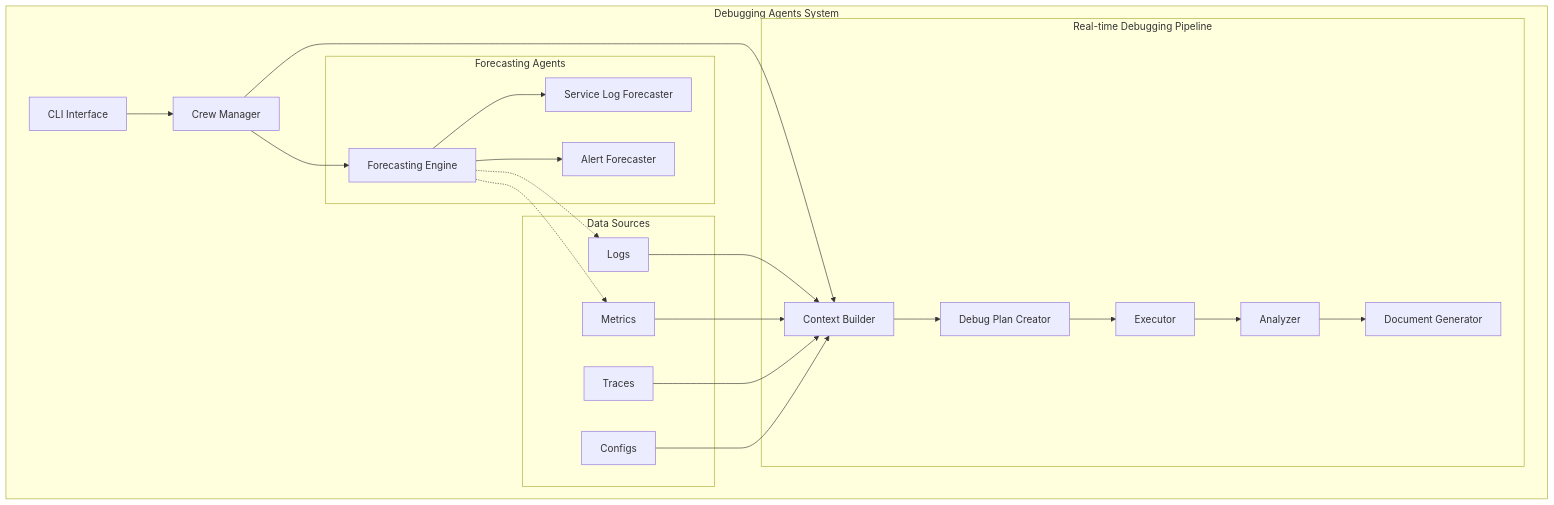
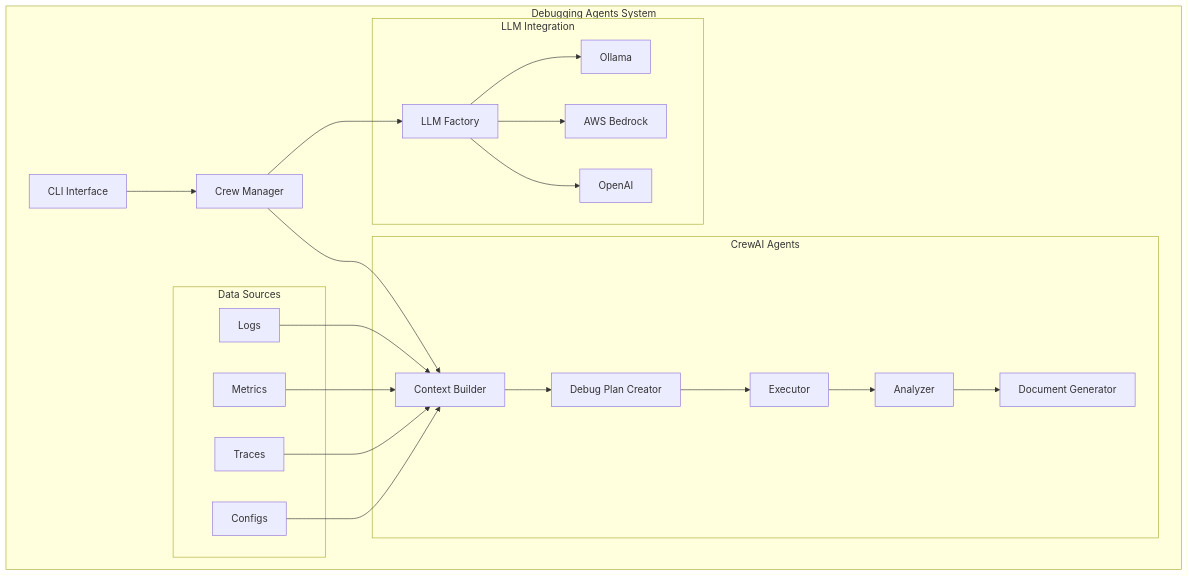
Before and after one commit to tiwari-gajendra/debugging-agent: the first of 2 diagrams in docs/architecture.md, drawn with Mermaid. The commit also changed other lines of this file and 30 other files, not shown here.

Commit message:
Refactor: Remove redundant files and update project structure - Remove cli.py and debugging_agents.egg-info - Update logging configuration - Add new integrations and manager modules - Update documentation and requirements

````diff
--- a/docs/architecture.md
+++ b/docs/architecture.md
@@ -13,48 +13,47 @@
 ```mermaid
 graph TD
     subgraph "Debugging Agents System"
         CLI["CLI Interface"]
         CM["Crew Manager"]
         
-        subgraph "Forecasting Agents"
-            FA["Forecasting Engine"]
-            SLF["Service Log Forecaster"]
-            AF["Alert Forecaster"]
+        subgraph "LLM Integration"
+            LF["LLM Factory"]
+            OL["Ollama"]
+            BR["AWS Bedrock"]
+            OA["OpenAI"]
         end
         
-        subgraph "Real-time Debugging Pipeline"
+        subgraph "CrewAI Agents"
             CB["Context Builder"]
             DPC["Debug Plan Creator"]
             EX["Executor"]
             AZ["Analyzer"]
             DG["Document Generator"]
         end
         
         subgraph "Data Sources"
             L["Logs"]
             M["Metrics"]
             T["Traces"]
             C["Configs"]
         end
     end
     
     CLI --> CM
-    CM --> FA
+    CM --> LF
+    
+    LF --> OL
+    LF --> BR
+    LF --> OA
+    
     CM --> CB
-    
-    FA --> SLF
-    FA --> AF
-    
     CB --> DPC
     DPC --> EX
     EX --> AZ
     AZ --> DG
     
     L --> CB
     M --> CB
     T --> CB
     C --> CB
-    
-    FA -.-> L
-    FA -.-> M
 ```
````
